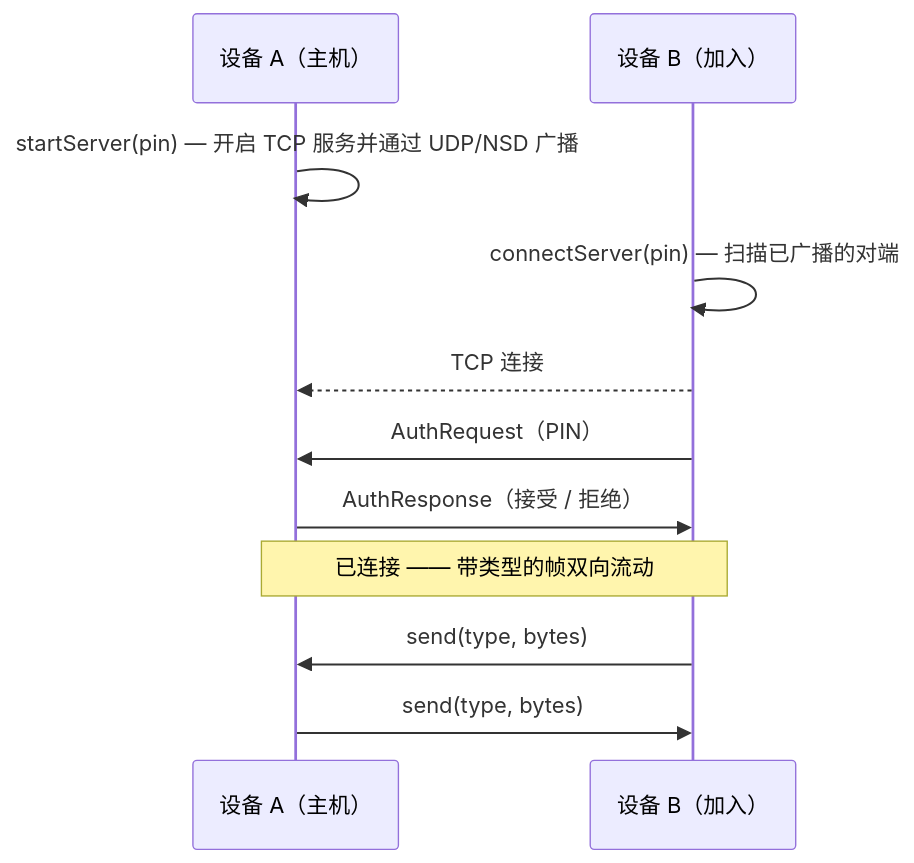
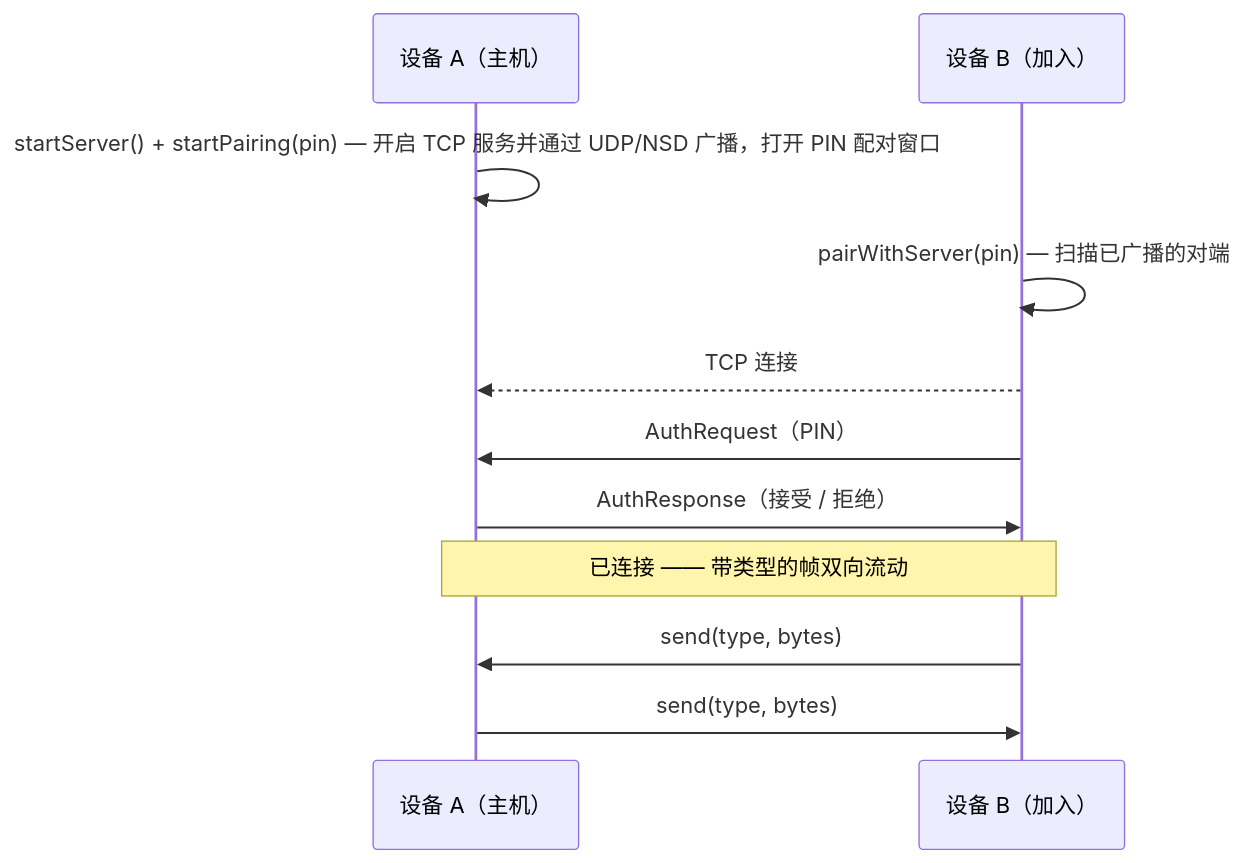
The diagram in README.zh-CN.md (yangwuan55/LanLink), drawn with Mermaid before and after one commit. The commit also changed other lines of this file and 36 other files, not shown here.

````diff
--- a/README.zh-CN.md
+++ b/README.zh-CN.md
@@ -38,13 +38,13 @@
 ```mermaid
 sequenceDiagram
     participant A as 设备 A（主机）
     participant B as 设备 B（加入）
-    A->>A: startServer(pin) — 开启 TCP 服务并通过 UDP/NSD 广播
-    B->>B: connectServer(pin) — 扫描已广播的对端
+    A->>A: startServer() + startPairing(pin) — 开启 TCP 服务并通过 UDP/NSD 广播，打开 PIN 配对窗口
+    B->>B: pairWithServer(pin) — 扫描已广播的对端
     B-->>A: TCP 连接
     B->>A: AuthRequest（PIN）
     A->>B: AuthResponse（接受 / 拒绝）
     Note over A,B: 已连接 —— 带类型的帧双向流动
     B->>A: send(type, bytes)
     A->>B: send(type, bytes)
 ```
````
